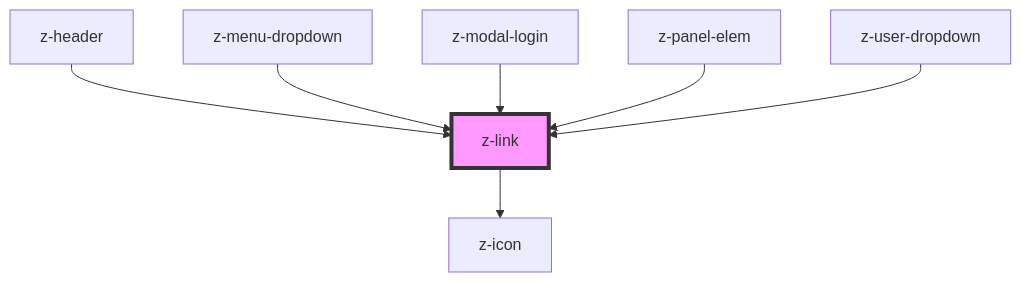
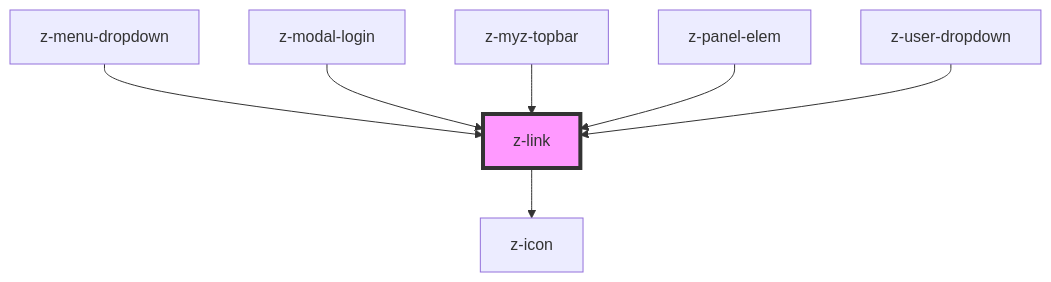
The diagram in src/components/navigation/z-link/readme.md (ZanichelliEditore/design-system), drawn with Mermaid before and after one commit. The commit also changed other lines of this file and 14 other files, not shown here.

````diff
--- a/src/components/navigation/z-link/readme.md
+++ b/src/components/navigation/z-link/readme.md
@@ -63,10 +63,10 @@
 ```mermaid
 graph TD;
   z-link --> z-icon
-  z-header --> z-link
   z-menu-dropdown --> z-link
   z-modal-login --> z-link
+  z-myz-topbar --> z-link
   z-panel-elem --> z-link
   z-user-dropdown --> z-link
   style z-link fill:#f9f,stroke:#333,stroke-width:4px
 ```
````
